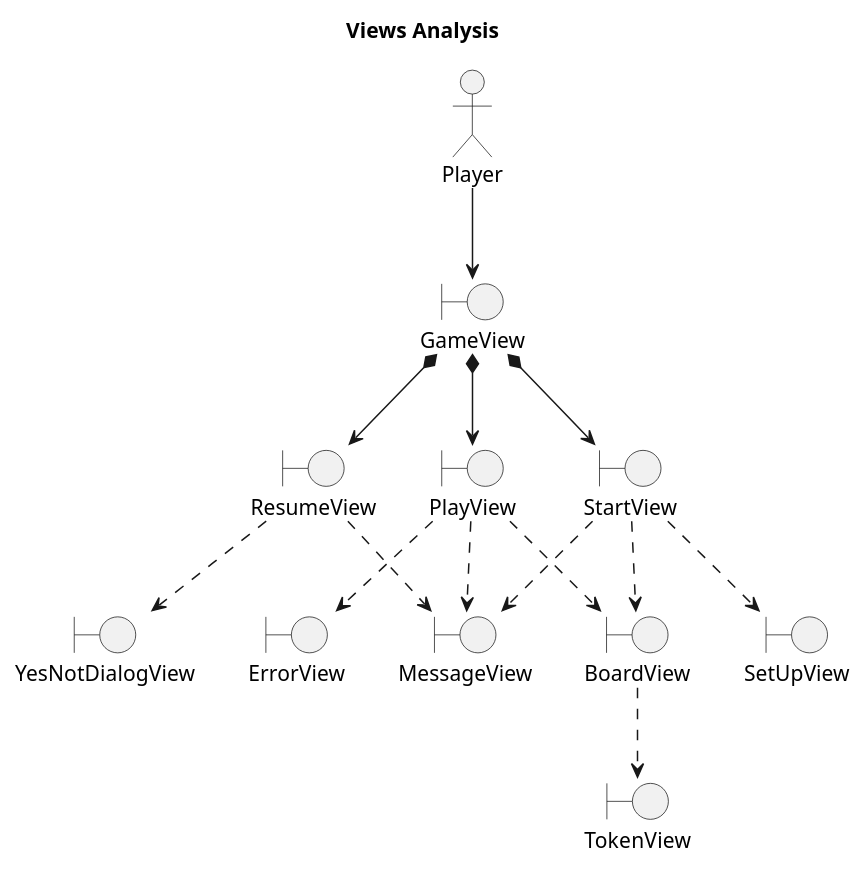
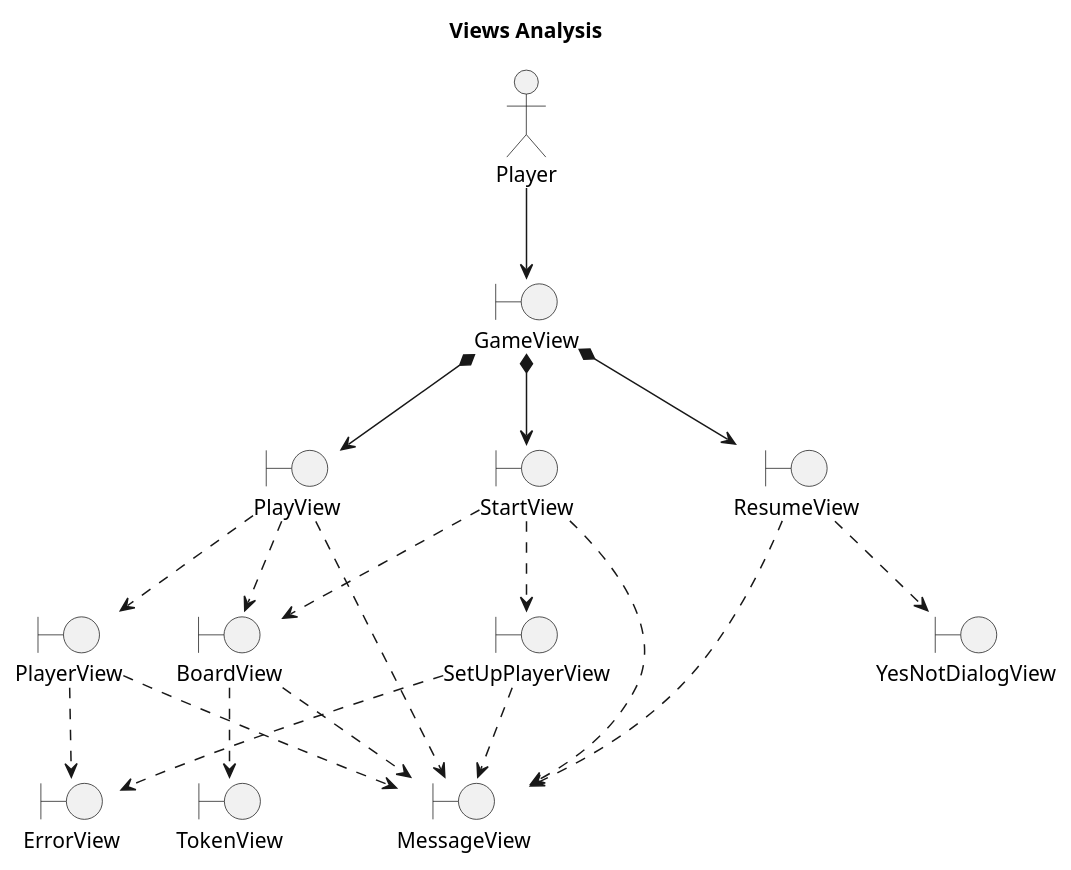
One commit to franpaulinoinfante/MasterSoftwareDevelopment changed the second of 3 diagrams in src/Connect4/DocumentView/Basic/Docs/ArchitectureAnalysis.plantuml. Above: the diagram before and after it, drawn with PlantUML. The commit also changed 2 other files, not shown here.

```diff
--- a/src/Connect4/DocumentView/Basic/Docs/ArchitectureAnalysis.plantuml
+++ b/src/Connect4/DocumentView/Basic/Docs/ArchitectureAnalysis.plantuml
@@ -11,33 +11,41 @@
 @startuml ViewsAnalysis
 title Views Analysis
 
 actor Player
 boundary GameView
 boundary StartView
 boundary PlayView
+boundary PlayerView
 boundary ResumeView
 boundary MessageView
-boundary SetUpView
+boundary SetUpPlayerView
 boundary BoardView
 boundary TokenView
 boundary ErrorView
 boundary YesNotDialogView
 
 Player --> GameView
 GameView *--> StartView
 GameView *--> PlayView
 GameView *--> ResumeView
 
 StartView ..> MessageView
-StartView ..> SetUpView
+StartView ..> SetUpPlayerView
 StartView ..> BoardView
 
+SetUpPlayerView ..> ErrorView
+SetUpPlayerView ..> MessageView
+
+PlayView ..> PlayerView
 PlayView ..> MessageView
-PlayView ..> ErrorView
 PlayView ..> BoardView
+
+PlayerView ..> MessageView
+PlayerView ..> ErrorView
 
 ResumeView ..> MessageView
 ResumeView ..> YesNotDialogView
 
 BoardView ..> TokenView
+BoardView ..> MessageView
 @enduml
```
